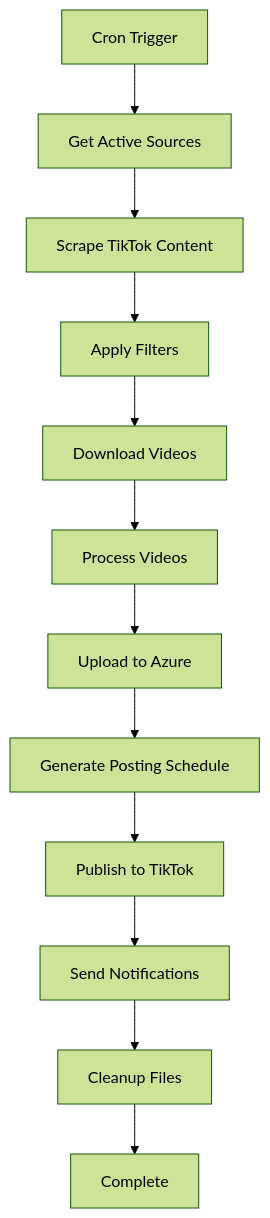
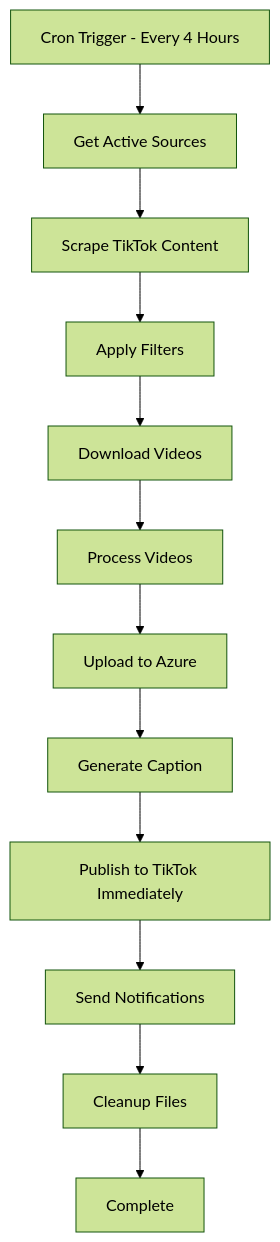
One commit to lamont703/Project_TikTokReposter changed the diagram in n8n-one-automation.md. Above: the diagram before and after it, drawn with Mermaid (forest theme). The commit also changed other lines of this file, not shown here.

First line of the commit message:
Update n8n automation: Remove scheduling, 4-hour trigger, immediate posting

````diff
--- a/n8n-one-automation.md
+++ b/n8n-one-automation.md
@@ -17,14 +17,14 @@
 ```mermaid
 graph TB
-    START[Cron Trigger] --> SOURCES[Get Active Sources]
+    START[Cron Trigger - Every 4 Hours] --> SOURCES[Get Active Sources]
     SOURCES --> SCRAPE[Scrape TikTok Content]
     SCRAPE --> FILTER[Apply Filters]
     FILTER --> DOWNLOAD[Download Videos]
     DOWNLOAD --> PROCESS[Process Videos]
     PROCESS --> UPLOAD[Upload to Azure]
-    UPLOAD --> SCHEDULE[Generate Posting Schedule]
-    SCHEDULE --> PUBLISH[Publish to TikTok]
+    UPLOAD --> CAPTION[Generate Caption]
+    CAPTION --> PUBLISH[Publish to TikTok Immediately]
     PUBLISH --> NOTIFY[Send Notifications]
     NOTIFY --> CLEANUP[Cleanup Files]
     CLEANUP --> END[Complete]
 ```
````
